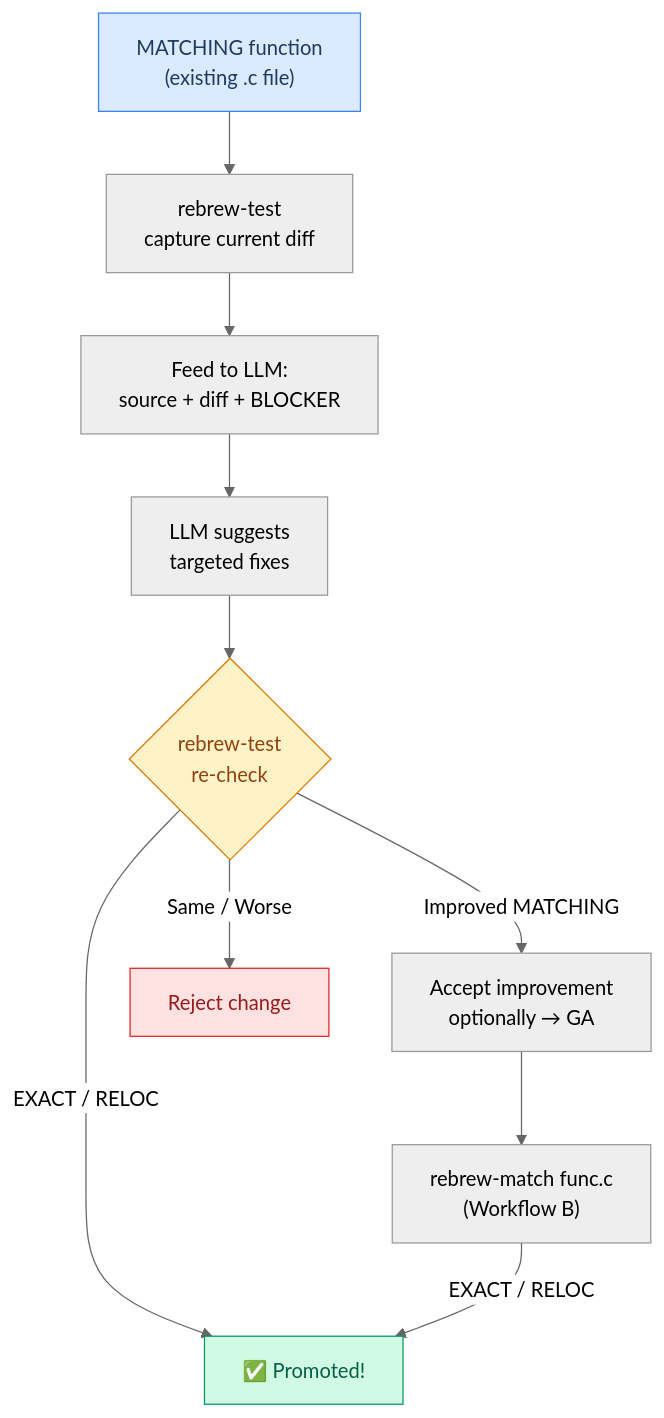
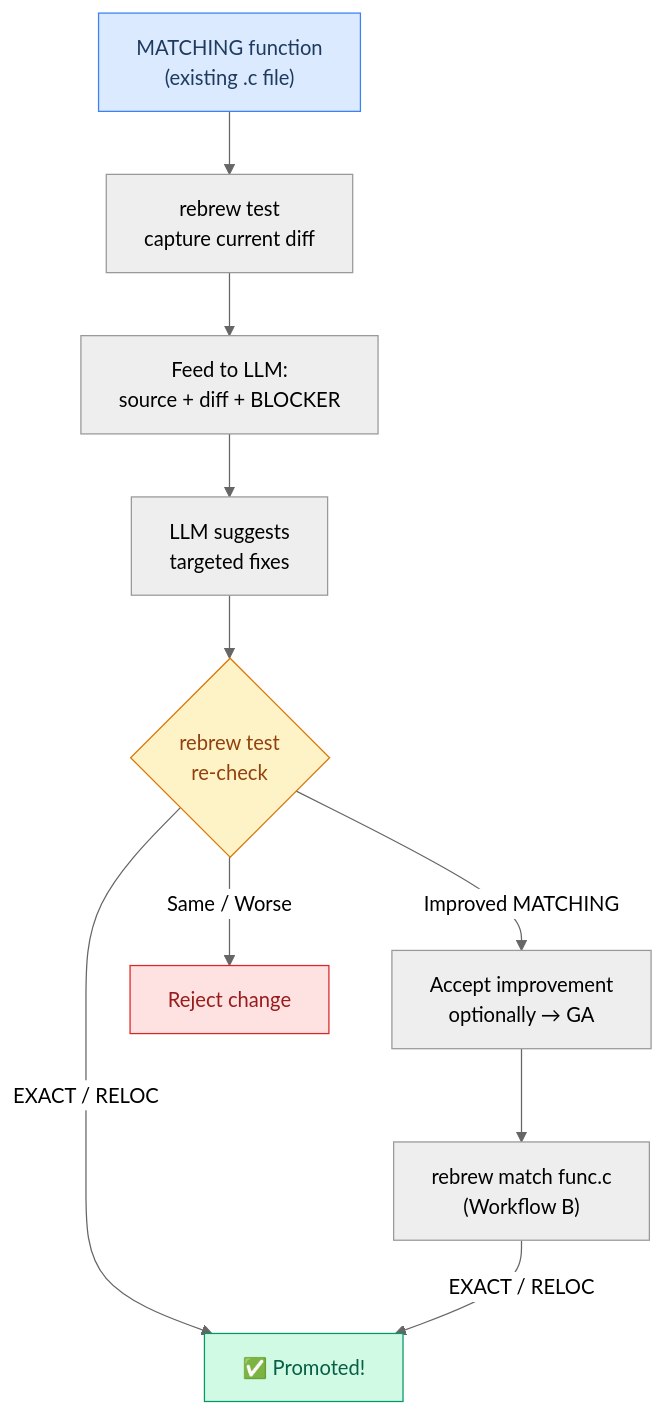
Diagram 14 of 16 in docs/USER_STORIES.md (maci0/rebrew), drawn with Mermaid (neutral theme) before and after one commit. The commit also changed other lines of this file and 16 other files, not shown here.

````diff
--- a/docs/USER_STORIES.md
+++ b/docs/USER_STORIES.md
@@ -465,17 +465,17 @@
 ```mermaid
 graph TD
-    A["MATCHING function<br/>(existing .c file)"] --> B["rebrew-test<br/>capture current diff"]
+    A["MATCHING function<br/>(existing .c file)"] --> B["rebrew test<br/>capture current diff"]
     B --> C["Feed to LLM:<br/>source + diff + BLOCKER"]
     C --> D["LLM suggests<br/>targeted fixes"]
-    D --> E{"rebrew-test<br/>re-check"}
+    D --> E{"rebrew test<br/>re-check"}
     E -->|"EXACT / RELOC"| F["✅ Promoted!"]
     E -->|"Improved MATCHING"| G["Accept improvement<br/>optionally → GA"]
     E -->|"Same / Worse"| H["Reject change"]
-    G --> I["rebrew-match func.c<br/>(Workflow B)"]
+    G --> I["rebrew match func.c<br/>(Workflow B)"]
     I -->|"EXACT / RELOC"| F
 
     style A fill:#dbeafe,stroke:#3b82f6,color:#1e3a5f
     style F fill:#d1fae5,stroke:#059669,color:#065f46
     style H fill:#fee2e2,stroke:#dc2626,color:#991b1b
     style E fill:#fef3c7,stroke:#d97706,color:#92400e
 ```
````
